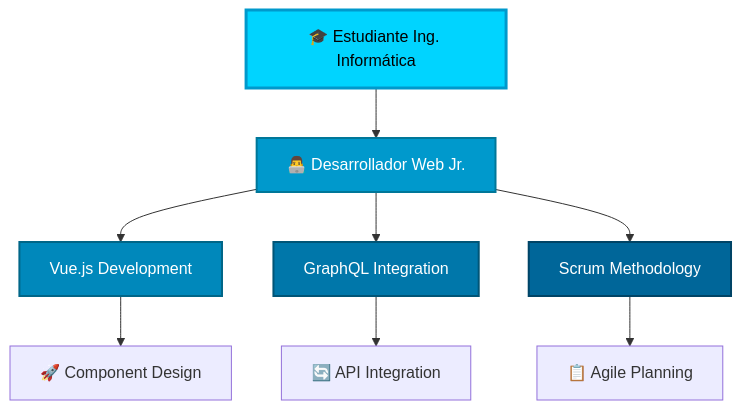
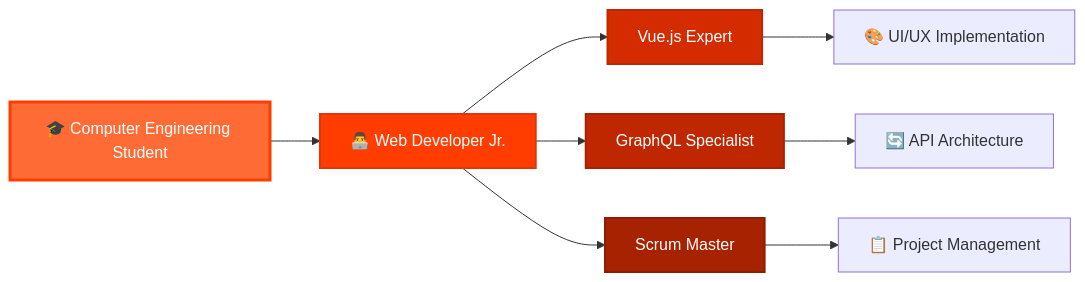
The diagram in README.md (NachoOFC/nachoOFC), drawn with Mermaid before and after one commit. The commit also changed other lines of this file, not shown here.

````diff
--- a/README.md
+++ b/README.md
@@ -162,16 +190,16 @@
 ```mermaid
-graph TD
-    A[🎓 Estudiante Ing. Informática] --> B[👨‍💻 Desarrollador Web Jr.]
-    B --> C[Vue.js Development]
-    B --> D[GraphQL Integration]
-    B --> E[Scrum Methodology]
-    C --> F[🚀 Component Design]
-    D --> G[🔄 API Integration]
-    E --> H[📋 Agile Planning]
+graph LR
+    A[🎓 Computer Engineering Student] --> B[👨‍💻 Web Developer Jr.]
+    B --> C[Vue.js Expert]
+    B --> D[GraphQL Specialist]
+    B --> E[Scrum Master]
+    C --> F[🎨 UI/UX Implementation]
+    D --> G[🔄 API Architecture]
+    E --> H[📋 Project Management]
     
-    style A fill:#00d4ff,stroke:#0099cc,stroke-width:3px,color:#000
-    style B fill:#0099cc,stroke:#007799,stroke-width:2px,color:#fff
-    style C fill:#0088bb,stroke:#006688,stroke-width:2px,color:#fff
-    style D fill:#0077aa,stroke:#005577,stroke-width:2px,color:#fff
-    style E fill:#006699,stroke:#004466,stroke-width:2px,color:#fff
+    style A fill:#ff6b35,stroke:#ff3d00,stroke-width:3px,color:#fff
+    style B fill:#ff3d00,stroke:#e6340a,stroke-width:2px,color:#fff
+    style C fill:#d42c00,stroke:#bf2700,stroke-width:2px,color:#fff
+    style D fill:#bf2700,stroke:#a62200,stroke-width:2px,color:#fff
+    style E fill:#a62200,stroke:#8d1d00,stroke-width:2px,color:#fff
 ```
````
